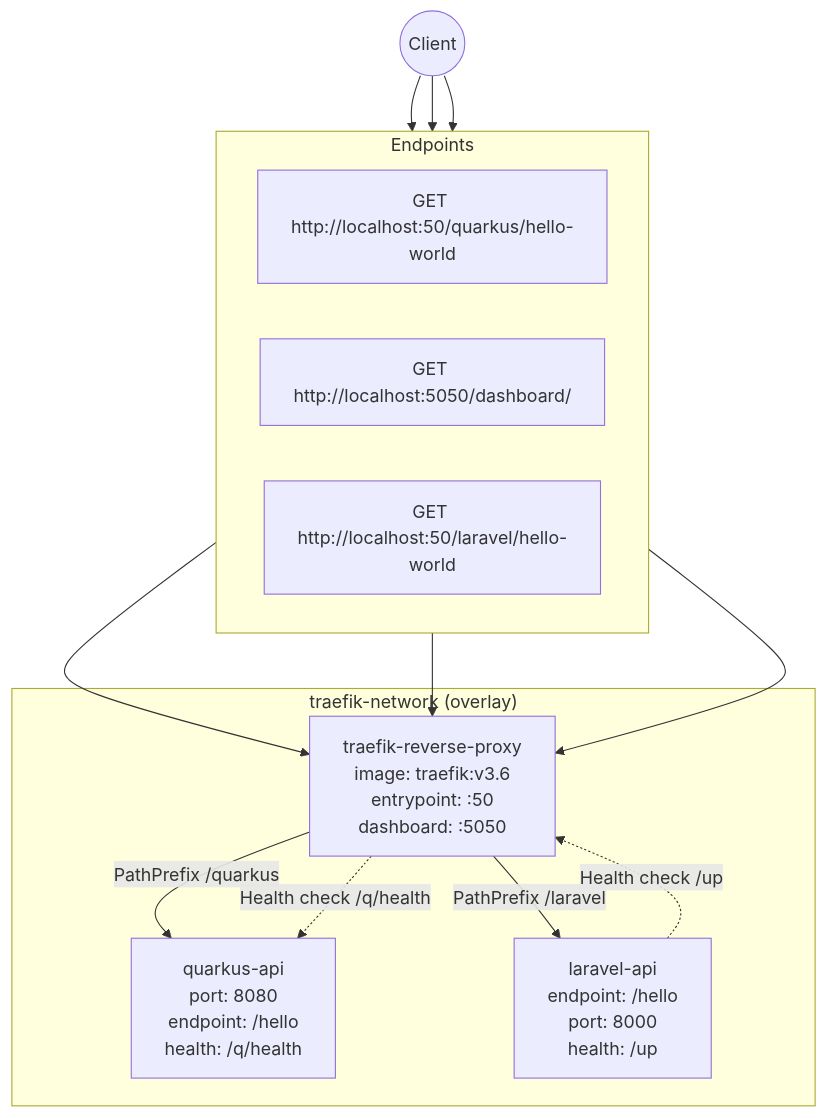
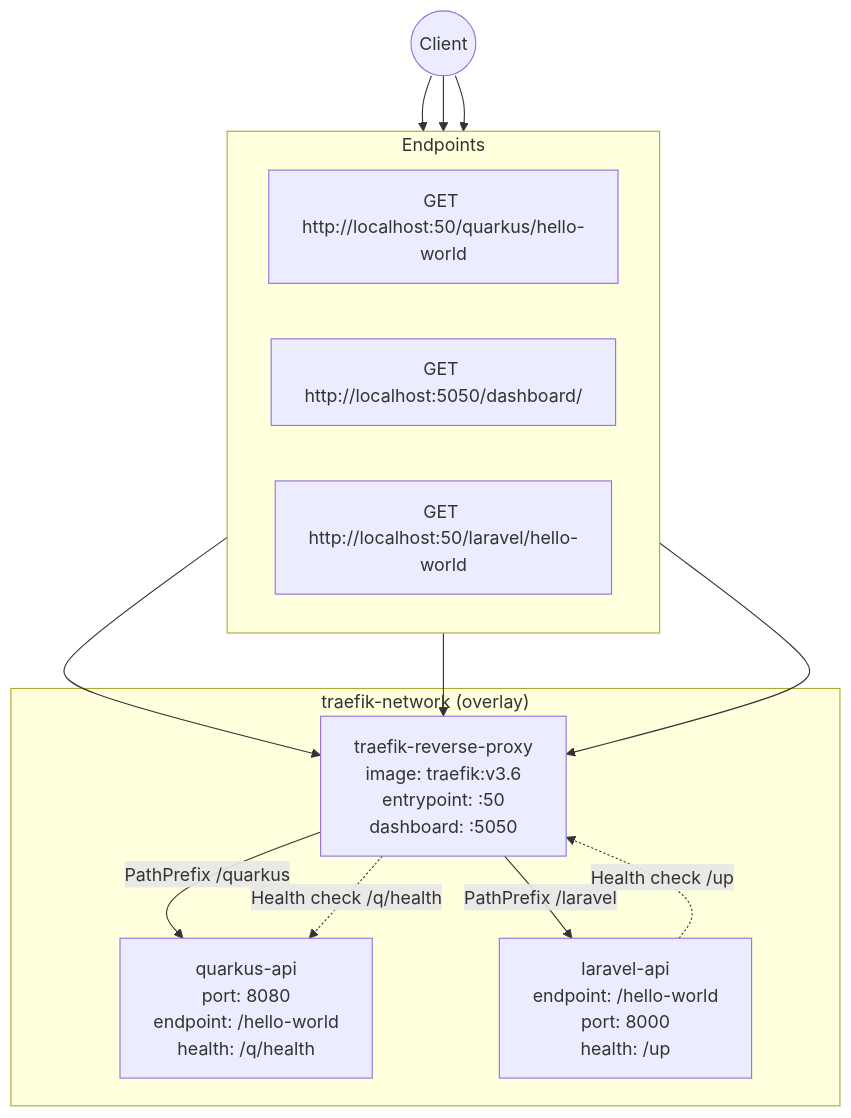
Before and after one commit to puzre/simple-reverse-proxy: the diagram in README.md, drawn with Mermaid. The commit also changed other lines of this file, not shown here.

````diff
--- a/README.md
+++ b/README.md
@@ -6,29 +6,29 @@
 ```mermaid
 graph TD
     Client((Client))
 
     subgraph "Endpoints"
         direction LR
         QReq["GET http://localhost:50/quarkus/hello"-world]
         DReq["GET http://localhost:5050/dashboard/"]
         LReq["GET http://localhost:50/laravel/hello-world"]
     end
 
     Client --> QReq
     Client --> DReq
     Client --> LReq
 
     Traefik["traefik-reverse-proxy\nimage: traefik:v3.6\nentrypoint: :50\ndashboard: :5050"]
 
     QReq --> Traefik
     DReq --> Traefik
     LReq --> Traefik
 
     subgraph "traefik-network (overlay)"
-        Traefik -->|PathPrefix /quarkus| Quarkus["quarkus-api\nport: 8080\nendpoint: /hello\nhealth: /q/health"]
-        Traefik -->|PathPrefix /laravel| Laravel["laravel-api\nendpoint: /hello\nport: 8000\nhealth: /up"]
+        Traefik -->|PathPrefix /quarkus| Quarkus["quarkus-api\nport: 8080\nendpoint: /hello-world\nhealth: /q/health"]
+        Traefik -->|PathPrefix /laravel| Laravel["laravel-api\nendpoint: /hello-world\nport: 8000\nhealth: /up"]
     end
 
     Traefik -.->|Health check /q/health| Quarkus
     Laravel -.->|Health check /up| Traefik
 ```
````
